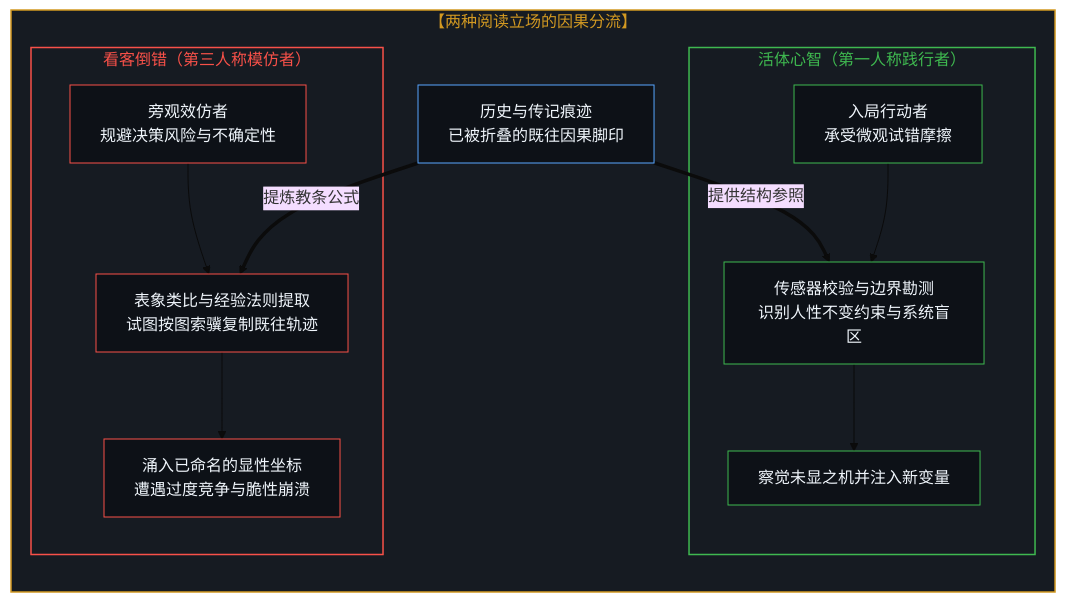
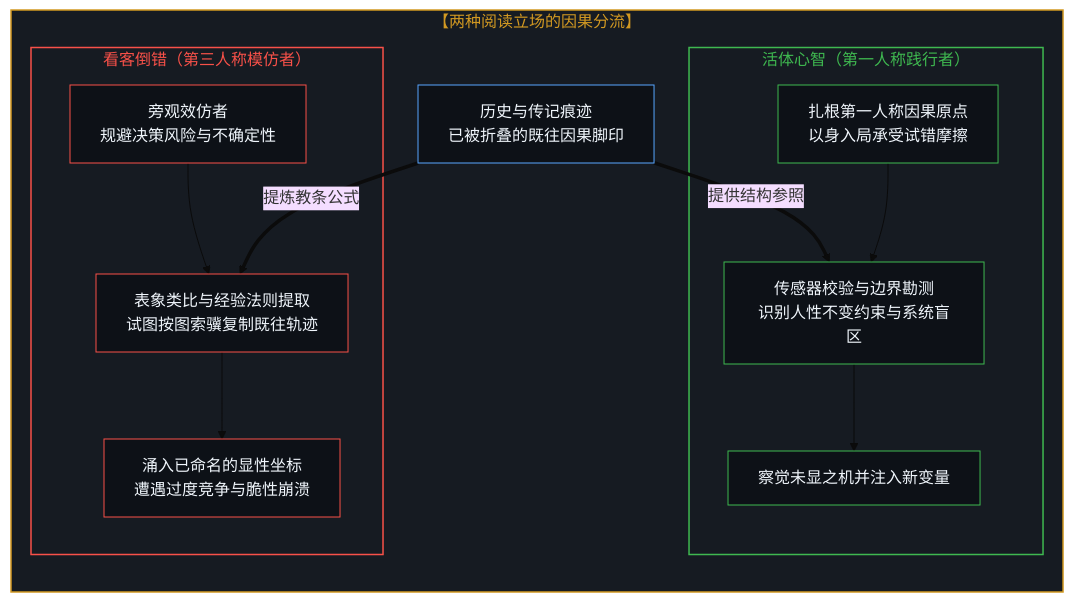
One commit to powerpig99/not-a-toe changed the first of 6 diagrams in content/posts/the-free-variable-and-the-retrospective-illusion-of-power.md. Above: the diagram before and after it, drawn with Mermaid (base theme). The commit also changed other lines of this file and 4 other files, not shown here.

````diff
--- a/content/posts/the-free-variable-and-the-retrospective-illusion-of-power.md
+++ b/content/posts/the-free-variable-and-the-retrospective-illusion-of-power.md
@@ -23,38 +23,38 @@
 ```mermaid
 graph TD
     subgraph S_Scaffolding["【两种阅读立场的因果分流】"]
         direction TB
         HistoricalTraces["历史与传记痕迹<br>已被折叠的既往因果脚印"]
         
         subgraph S_Mind["活体心智（第一人称践行者）"]
-            FrictionActor["入局行动者<br>承受微观试错摩擦"]
+            FrictionActor["扎根第一人称因果原点<br>以身入局承受试错摩擦"]
             SensorCalibration["传感器校验与边界勘测<br>识别人性不变约束与系统盲区"]
             FirstPersonAction["察觉未显之机并注入新变量"]
         end
         
         subgraph S_Inversion["看客倒错（第三人称模仿者）"]
             SpectatorMind["旁观效仿者<br>规避决策风险与不确定性"]
             AnalogyHeuristics["表象类比与经验法则提取<br>试图按图索骥复制既往轨迹"]
             CrowdedZeroSum["涌入已命名的显性坐标<br>遭遇过度竞争与脆性崩溃"]
         end
         
         HistoricalTraces ==>|"提供结构参照"| SensorCalibration
         FrictionActor --> SensorCalibration
         SensorCalibration --> FirstPersonAction
         
         HistoricalTraces ==>|"提炼教条公式"| AnalogyHeuristics
         SpectatorMind --> AnalogyHeuristics
         AnalogyHeuristics --> CrowdedZeroSum
     end
 
     style S_Scaffolding fill:#161b22,stroke:#d29922,stroke-width:1.5px,color:#d29922
     style S_Mind fill:#161b22,stroke:#3fb950,stroke-width:1.5px,color:#3fb950
     style S_Inversion fill:#161b22,stroke:#f85149,stroke-width:1.5px,color:#f85149
     style HistoricalTraces fill:#0d1117,stroke:#58a6ff,stroke-width:1px,color:#f0f6fc
     style FrictionActor fill:#0d1117,stroke:#3fb950,stroke-width:1px,color:#f0f6fc
     style SensorCalibration fill:#0d1117,stroke:#3fb950,stroke-width:1px,color:#f0f6fc
     style FirstPersonAction fill:#0d1117,stroke:#3fb950,stroke-width:1px,color:#f0f6fc
     style SpectatorMind fill:#0d1117,stroke:#f85149,stroke-width:1px,color:#f0f6fc
     style AnalogyHeuristics fill:#0d1117,stroke:#f85149,stroke-width:1px,color:#f0f6fc
     style CrowdedZeroSum fill:#0d1117,stroke:#f85149,stroke-width:1px,color:#f0f6fc
 ```
````
